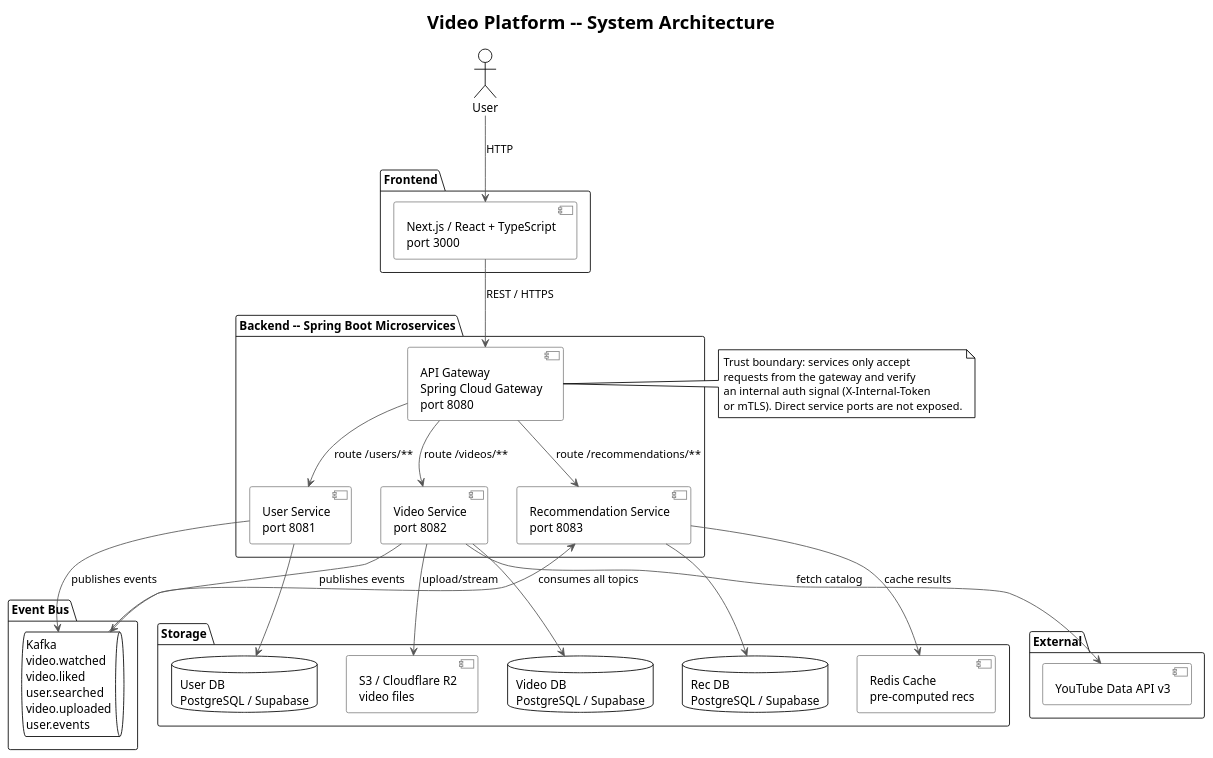
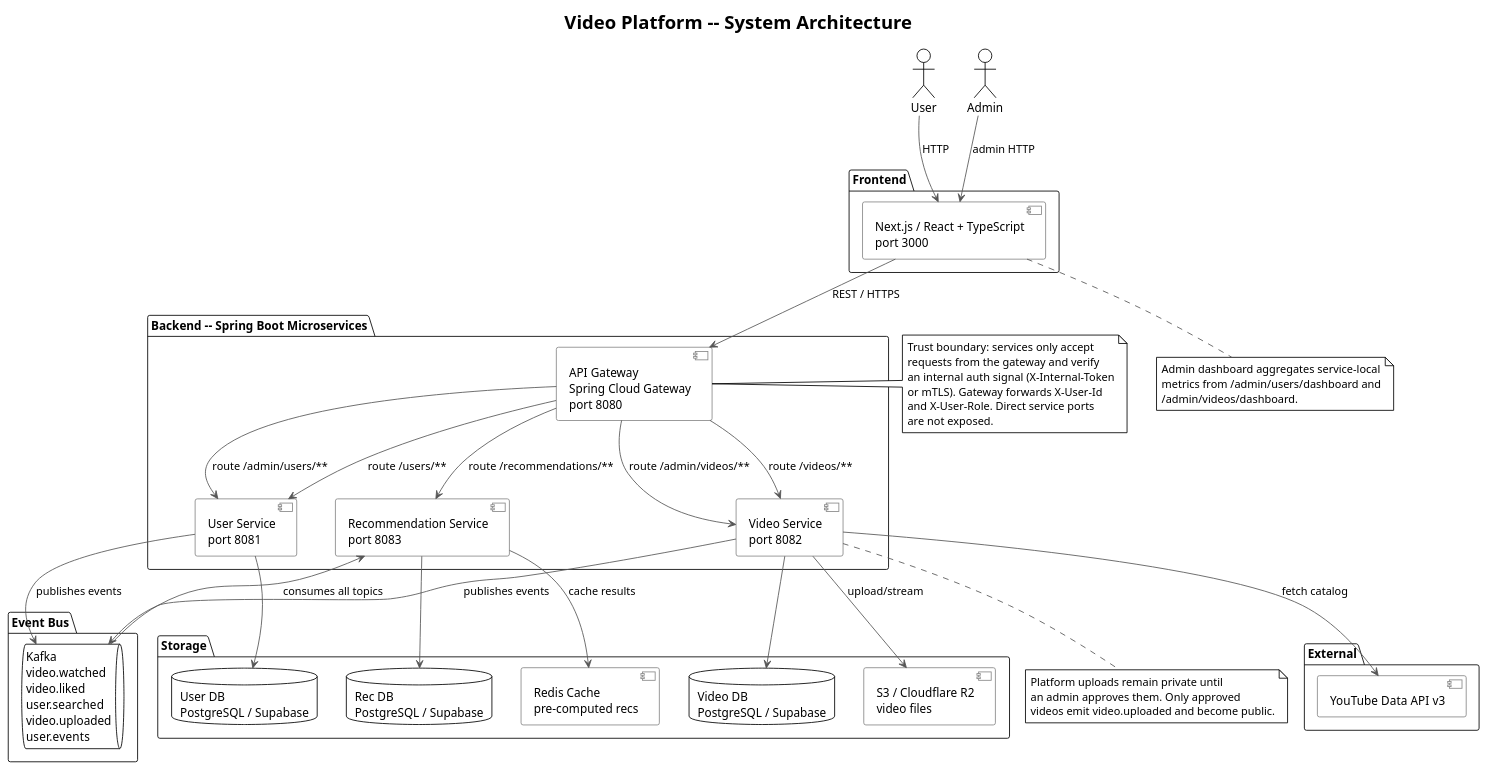
Before and after one commit to AmnsAmr/recommendation_sys: the diagram in uml/01_system_architecture.puml, drawn with PlantUML. The commit also changed 51 other files, not shown here.

Commit message:
added admin to uml diagrams and added admin endpoints to video-service and user-service

```diff
--- a/uml/01_system_architecture.puml
+++ b/uml/01_system_architecture.puml
@@ -1,64 +1,82 @@
 @startuml System Architecture
 !theme plain
 skinparam backgroundColor #FFFFFF
 skinparam defaultFontName Arial
 skinparam ArrowColor #555555
 skinparam componentBorderColor #888888
 
 title Video Platform -- System Architecture
 
 actor "User" as user
+actor "Admin" as admin
 
 package "Frontend" {
   [Next.js / React + TypeScript\nport 3000] as frontend
 }
 
 package "Backend -- Spring Boot Microservices" {
   [API Gateway\nSpring Cloud Gateway\nport 8080] as gateway
 
   [User Service\nport 8081] as userSvc
   [Video Service\nport 8082] as videoSvc
   [Recommendation Service\nport 8083] as recSvc
 }
 
 package "Event Bus" {
   queue "Kafka\nvideo.watched\nvideo.liked\nuser.searched\nvideo.uploaded\nuser.events" as kafka
 }
 
 package "Storage" {
   database "User DB\nPostgreSQL / Supabase" as userDb
   database "Video DB\nPostgreSQL / Supabase" as videoDb
   database "Rec DB\nPostgreSQL / Supabase" as recDb
   [Redis Cache\npre-computed recs] as redis
   [S3 / Cloudflare R2\nvideo files] as s3
 }
 
 package "External" {
   [YouTube Data API v3] as ytApi
 }
 
 user --> frontend : HTTP
+admin --> frontend : admin HTTP
 frontend --> gateway : REST / HTTPS
 gateway --> userSvc : route /users/**
 gateway --> videoSvc : route /videos/**
 gateway --> recSvc : route /recommendations/**
+gateway --> userSvc : route /admin/users/**
+gateway --> videoSvc : route /admin/videos/**
 
 note right of gateway
   Trust boundary: services only accept
   requests from the gateway and verify
   an internal auth signal (X-Internal-Token
-  or mTLS). Direct service ports are not exposed.
+  or mTLS). Gateway forwards X-User-Id
+  and X-User-Role. Direct service ports
+  are not exposed.
 end note
 
 userSvc --> userDb
 videoSvc --> videoDb
 videoSvc --> s3 : upload/stream
 videoSvc --> ytApi : fetch catalog
 recSvc --> recDb
 recSvc --> redis : cache results
 
 videoSvc --> kafka : publishes events
 userSvc --> kafka : publishes events
 kafka --> recSvc : consumes all topics
 
+note bottom of videoSvc
+  Platform uploads remain private until
+  an admin approves them. Only approved
+  videos emit video.uploaded and become public.
+end note
+
+note bottom of frontend
+  Admin dashboard aggregates service-local
+  metrics from /admin/users/dashboard and
+  /admin/videos/dashboard.
+end note
+
 @enduml
```
